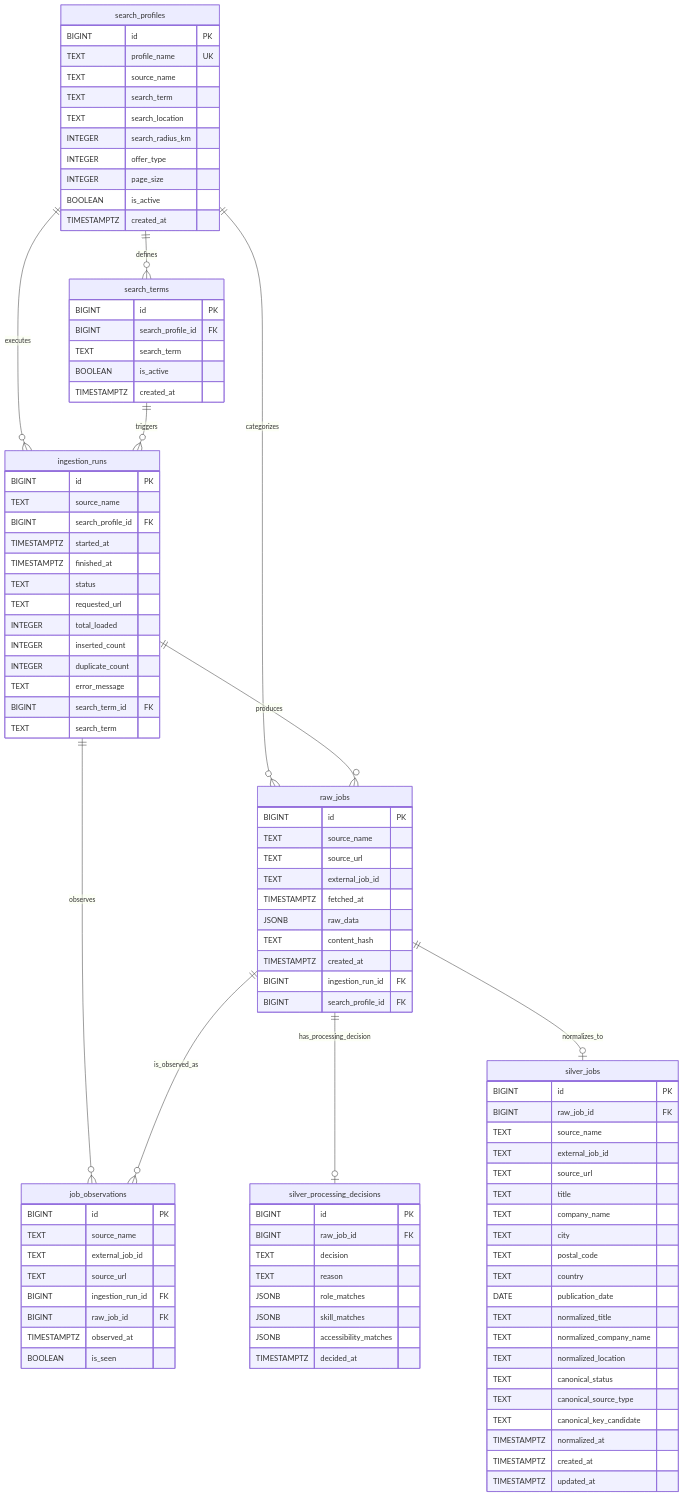
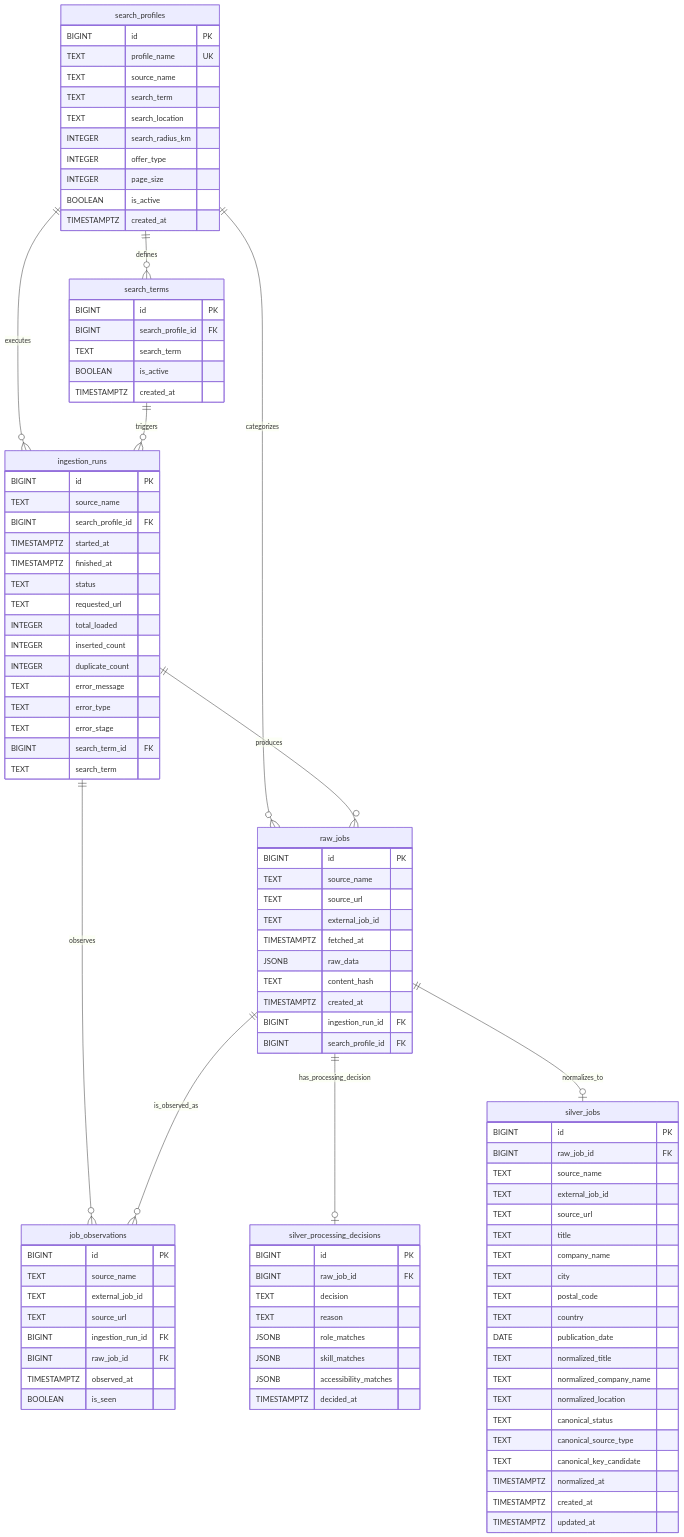
The diagram in docs/diagrams/bronze_data_model.md (jenshaberle-dotcom/job-application-pipeline), drawn with Mermaid before and after one commit. The commit also changed other lines of this file and 3 other files, not shown here.

Commit message:
Align schema docs with ingestion diagnostics

```diff
--- a/docs/diagrams/bronze_data_model.md
+++ b/docs/diagrams/bronze_data_model.md
@@ -36,6 +36,8 @@
         INTEGER inserted_count
         INTEGER duplicate_count
         TEXT error_message
+        TEXT error_type
+        TEXT error_stage
         BIGINT search_term_id FK
         TEXT search_term
     }
```
